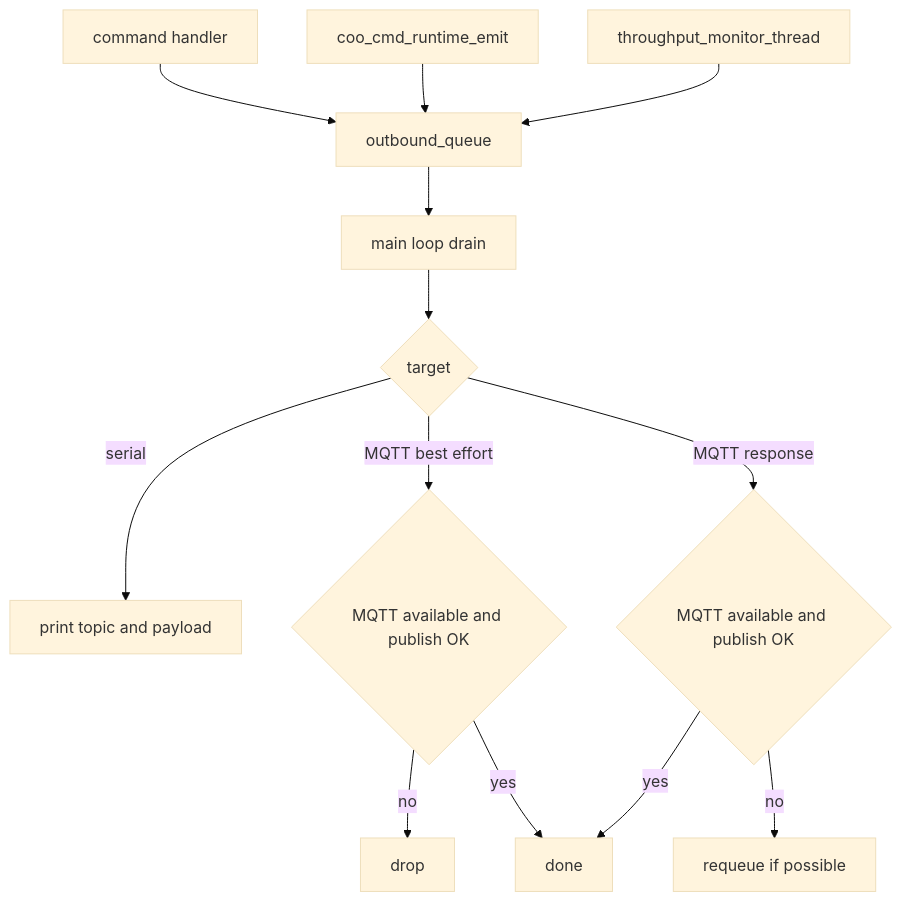
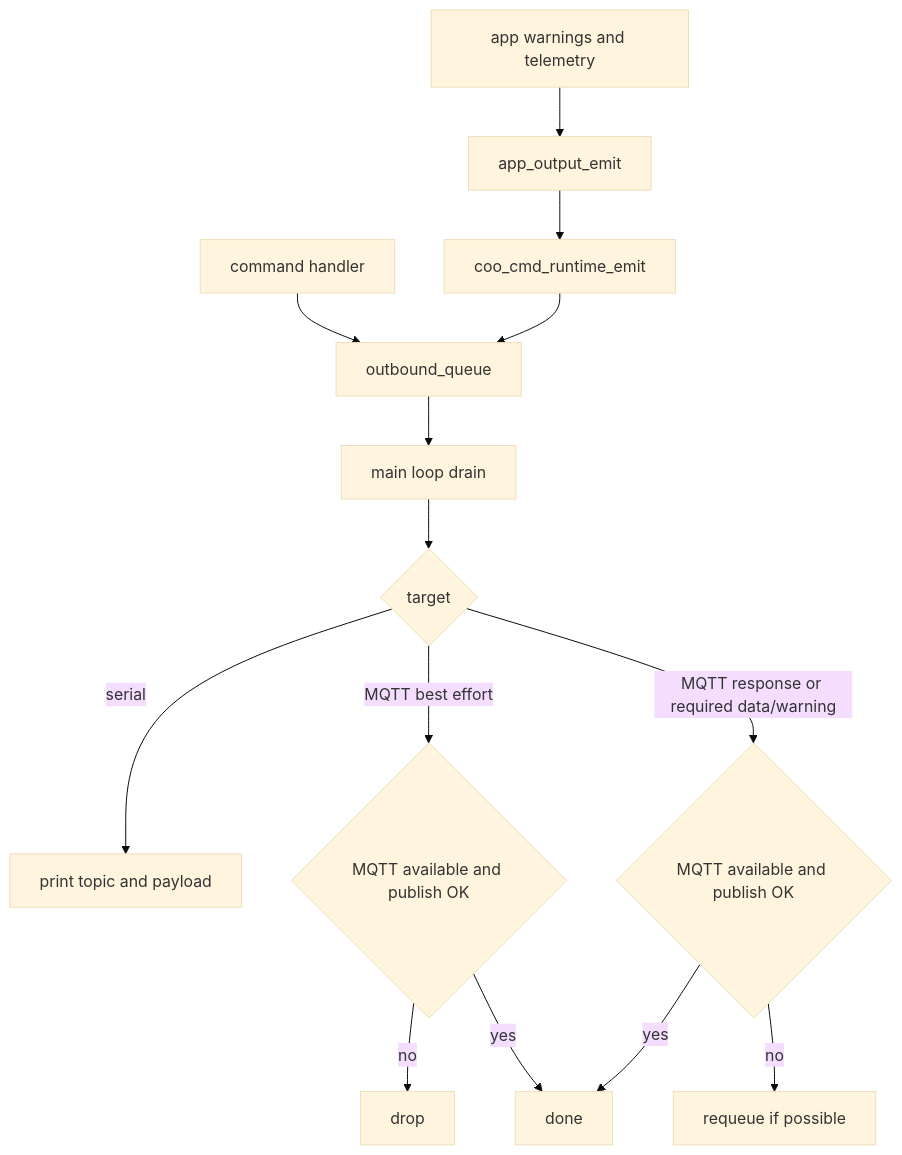
Before and after one commit to COO-Utilities/hispec-tib: the seventh of 25 diagrams in doc/diagrams.md, drawn with Mermaid (base theme). The commit also changed other lines of this file and 39 other files, not shown here.

````diff
--- a/doc/diagrams.md
+++ b/doc/diagrams.md
@@ -151,15 +166,16 @@
 ```mermaid
 flowchart TD
   Handler[command handler] --> OutQ[outbound_queue]
-  RuntimeEmit[coo_cmd_runtime_emit] --> OutQ
-  Throughput[throughput_monitor_thread] --> OutQ
+  Producer[app warnings and telemetry] --> AppEmit[app_output_emit]
+  AppEmit --> RuntimeEmit[coo_cmd_runtime_emit]
+  RuntimeEmit --> OutQ
   OutQ --> Drain[main loop drain]
   Drain --> Target{target}
   Target -- serial --> Print[print topic and payload]
   Target -- MQTT best effort --> MQTTBE{MQTT available and publish OK}
-  Target -- MQTT response --> MQTT{MQTT available and publish OK}
+  Target -- MQTT response or required data/warning --> MQTT{MQTT available and publish OK}
   MQTTBE -- no --> Drop[drop]
   MQTTBE -- yes --> Done[done]
   MQTT -- no --> Requeue[requeue if possible]
   MQTT -- yes --> Done
 ```
````
